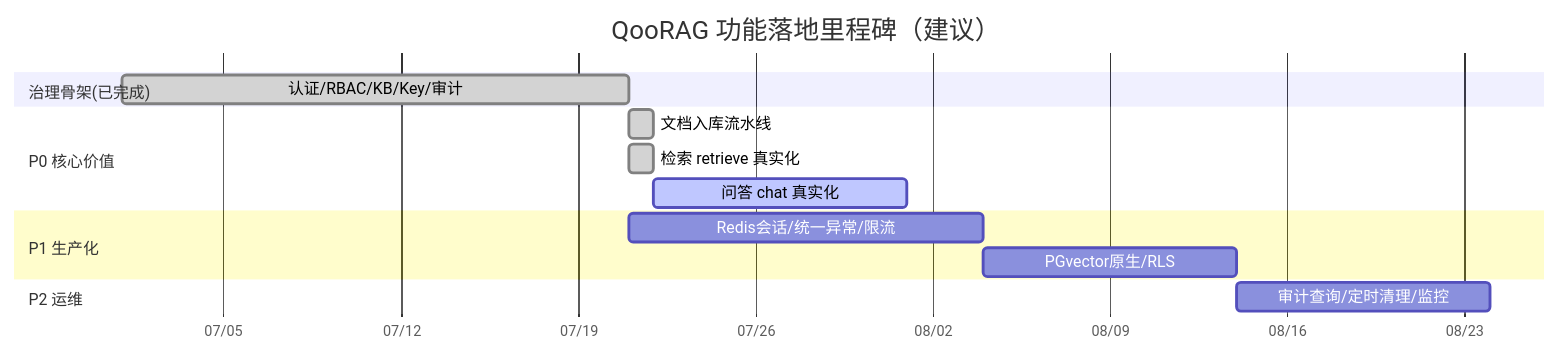
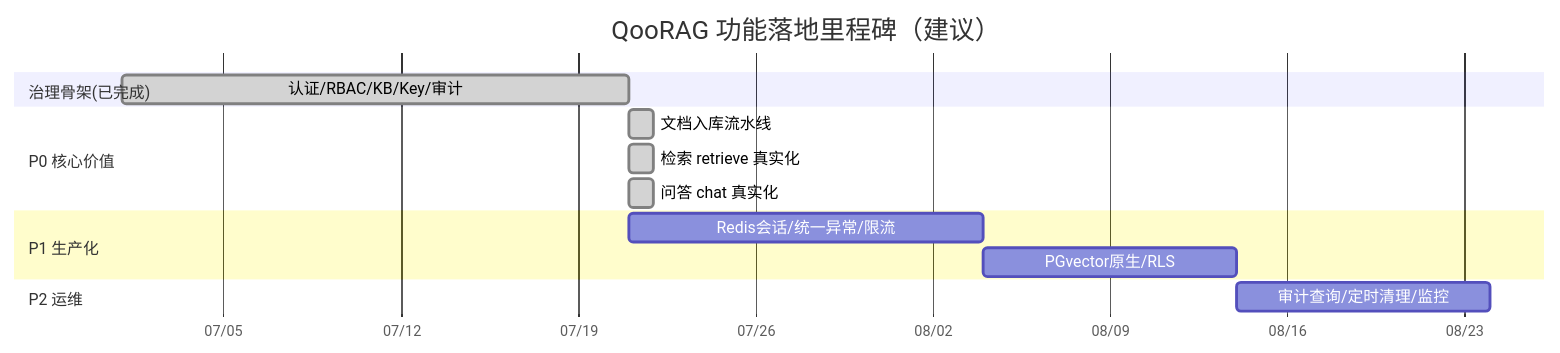
Before and after one commit to qoobots/qoorag: the second of 2 diagrams in .docs/06_功能清单进度文档.md, drawn with Mermaid. The commit also changed other lines of this file and 3 other files, not shown here.

````diff
--- a/.docs/06_功能清单进度文档.md
+++ b/.docs/06_功能清单进度文档.md
@@ -176,17 +176,17 @@
 ```mermaid
 gantt
     title QooRAG 功能落地里程碑（建议）
     dateFormat YYYY-MM-DD
     axisFormat %m/%d
     section 治理骨架(已完成)
     认证/RBAC/KB/Key/审计 :done, m1, 2026-07-01, 2026-07-21
     section P0 核心价值
     文档入库流水线        :done, m2, 2026-07-21, 1d
     检索 retrieve 真实化   :done, m3, 2026-07-21, 1d
-    问答 chat 真实化       :active, m4, after m3, 10d
+    问答 chat 真实化       :done, m4, 2026-07-21, 1d
     section P1 生产化
     Redis会话/统一异常/限流 :m5, after m1, 14d
     PGvector原生/RLS       :m6, after m5, 10d
     section P2 运维
     审计查询/定时清理/监控  :m7, after m6, 10d
 ```
````
